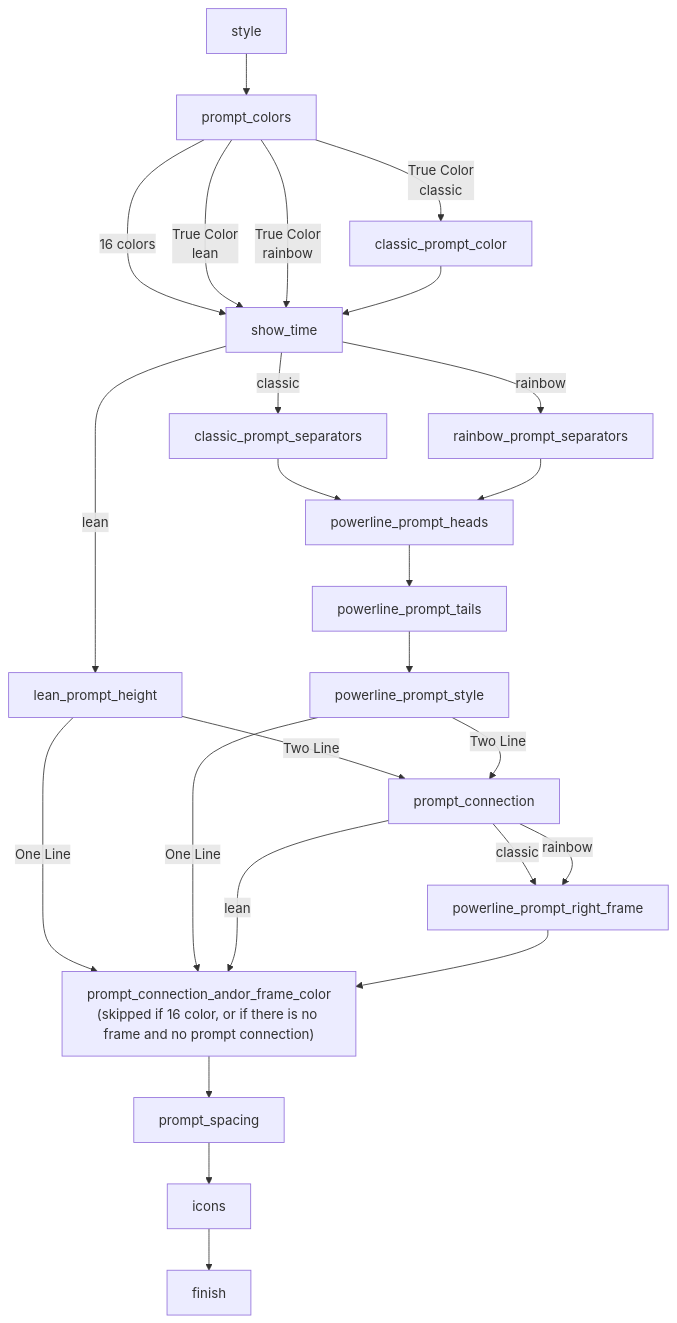
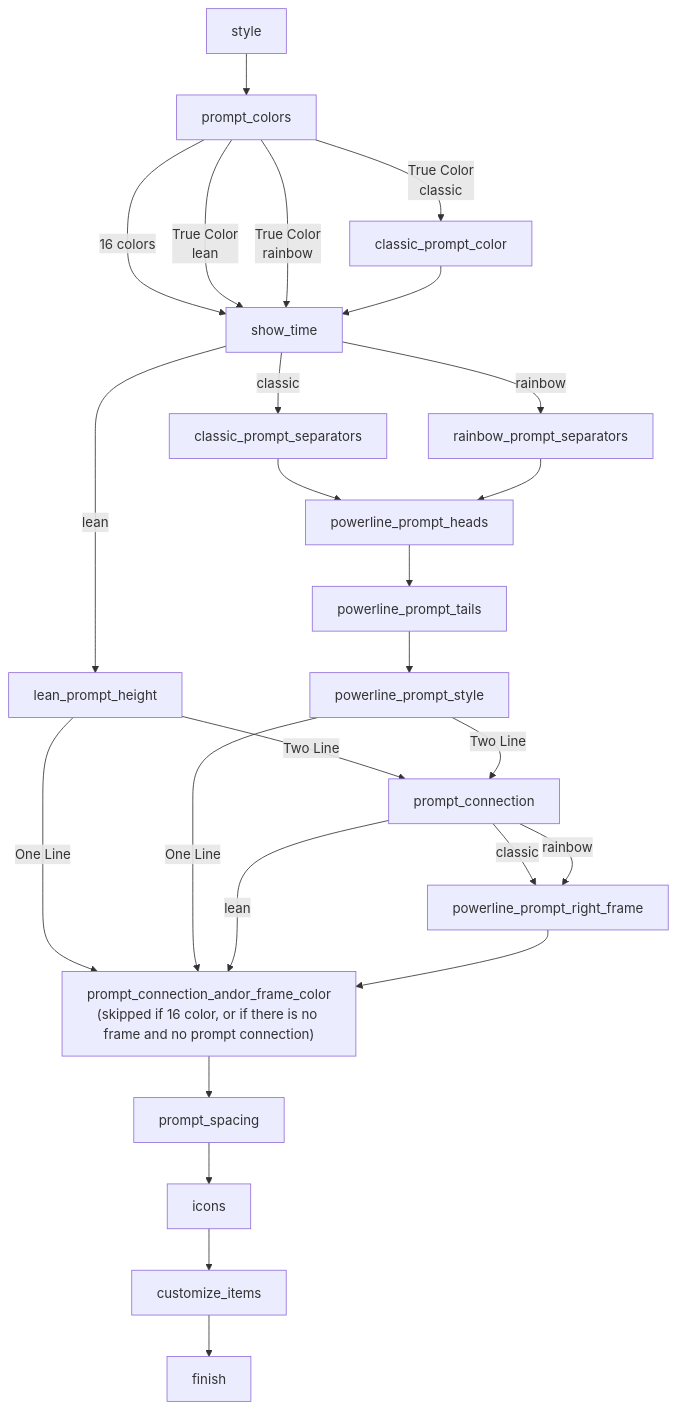
The diagram in ARCHITECTURE.md (plttn/tide), drawn with Mermaid before and after one commit. The commit also changed 9 other files, not shown here.

````diff
--- a/ARCHITECTURE.md
+++ b/ARCHITECTURE.md
@@ -5,44 +5,46 @@
 ```mermaid
 flowchart TD
 
 prompt_connection_andor_frame_color["prompt_connection_andor_frame_color
 (skipped if 16 color, or if there is no frame and no prompt connection)"]
 
 Style[style] --> prompt_colors
 
 prompt_colors -- "16 colors" --> show_time
 prompt_colors -- "True Color \n lean" --> show_time
 prompt_colors -- "True Color \n rainbow" --> show_time
 prompt_colors -- "True Color \n classic" --> classic_prompt_color
 
 classic_prompt_color --> show_time
 
 show_time -- "lean" --> lean_prompt_height
 show_time -- "classic" --> classic_prompt_separators
 show_time -- "rainbow" --> rainbow_prompt_separators
 
 lean_prompt_height -- "One Line" --> prompt_connection_andor_frame_color
 lean_prompt_height -- "Two Line" --> prompt_connection
 
 classic_prompt_separators --> powerline_prompt_heads
 rainbow_prompt_separators --> powerline_prompt_heads
 
 powerline_prompt_heads --> powerline_prompt_tails
 powerline_prompt_tails --> powerline_prompt_style
 
 powerline_prompt_style -- "One Line" --> prompt_connection_andor_frame_color
 powerline_prompt_style -- "Two Line" --> prompt_connection
 
 prompt_connection -- "lean" --> prompt_connection_andor_frame_color
 prompt_connection -- "classic" --> powerline_prompt_right_frame
 prompt_connection -- "rainbow" --> powerline_prompt_right_frame
 
 powerline_prompt_right_frame --> prompt_connection_andor_frame_color
 
 prompt_connection_andor_frame_color --> prompt_spacing
 
 prompt_spacing --> icons
 
-icons --> finish
+icons --> customize_items
+
+customize_items --> finish
 
 ```
````
